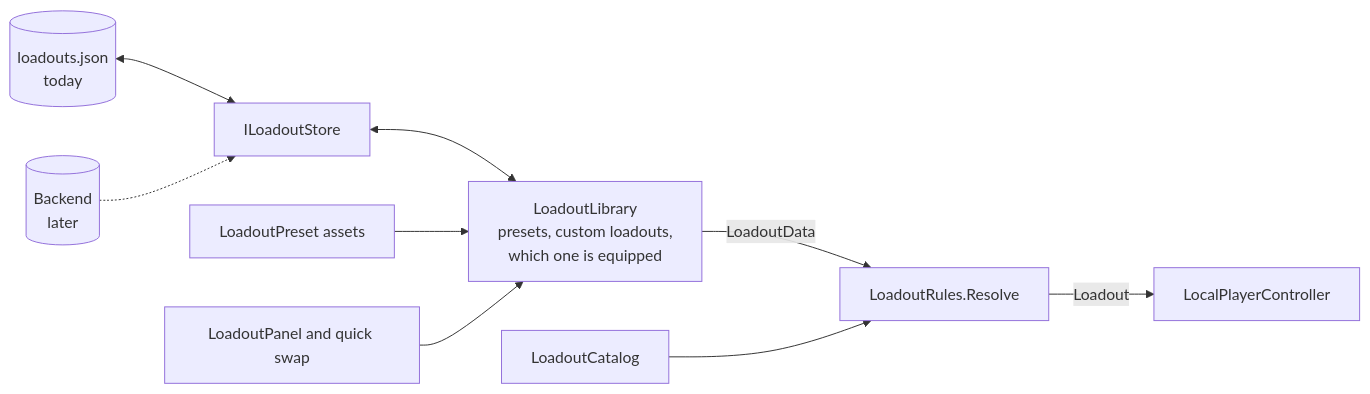
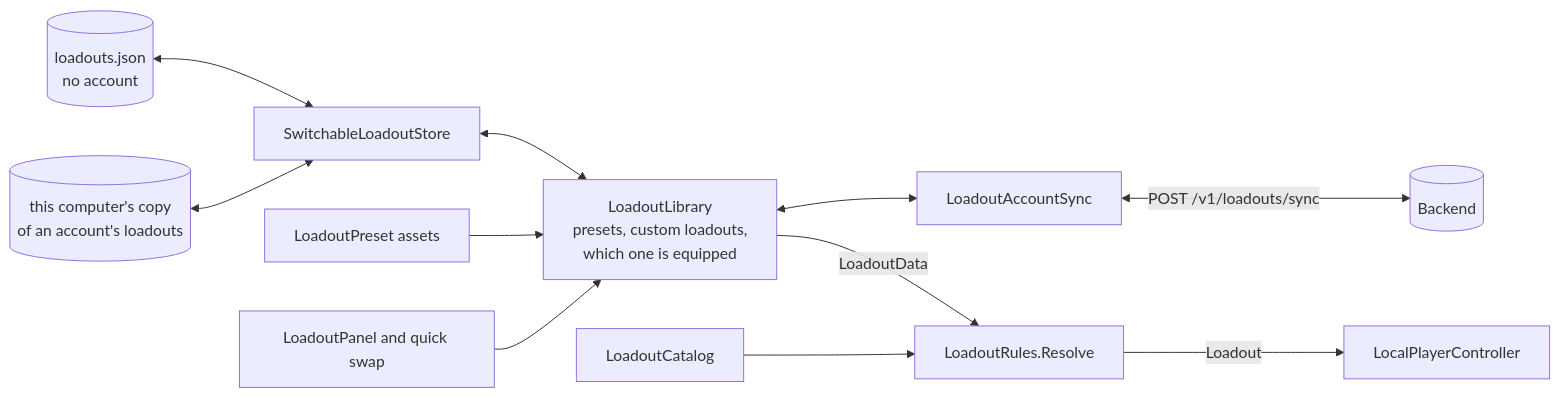
One commit to aidenobrad-ctrl/Claude changed the fourth of 6 diagrams in pulsebreak/docs/ARCHITECTURE.md. Above: the diagram before and after it, drawn with Mermaid. The commit also changed other lines of this file and 2 other files, not shown here.

First line of the commit message:
Document accounts: backend setup, signing in, sync, and servers that need tickets

````diff
--- a/pulsebreak/docs/ARCHITECTURE.md
+++ b/pulsebreak/docs/ARCHITECTURE.md
@@ -187,11 +203,12 @@
 ```mermaid
 flowchart LR
-    File[(loadouts.json<br/>today)] <--> Store[ILoadoutStore]
-    Backend[(Backend<br/>later)] -.-> Store
+    Guest[(loadouts.json<br/>no account)] <--> Store[SwitchableLoadoutStore]
+    Cache[(this computer's copy<br/>of an account's loadouts)] <--> Store
     Store <--> Library[LoadoutLibrary<br/>presets, custom loadouts,<br/>which one is equipped]
+    Library <--> Sync[LoadoutAccountSync] <-- "POST /v1/loadouts/sync" --> API[(Backend)]
     Presets[LoadoutPreset assets] --> Library
     Library -- LoadoutData --> Rules[LoadoutRules.Resolve]
     Catalog[LoadoutCatalog] --> Rules
     Rules -- Loadout --> Player[LocalPlayerController]
     Panel[LoadoutPanel and quick swap] --> Library
 ```
````
